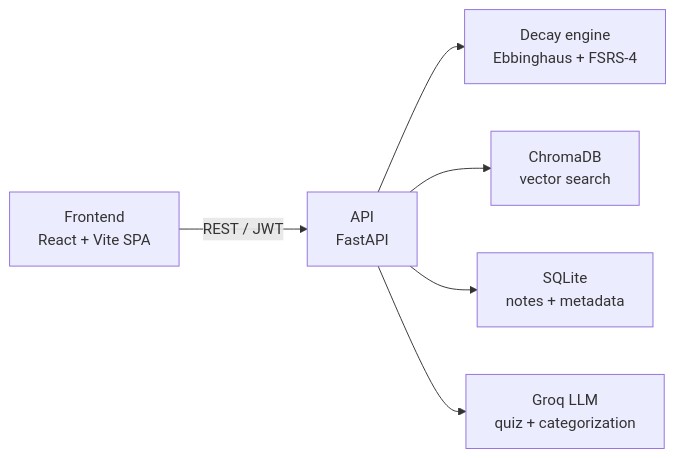
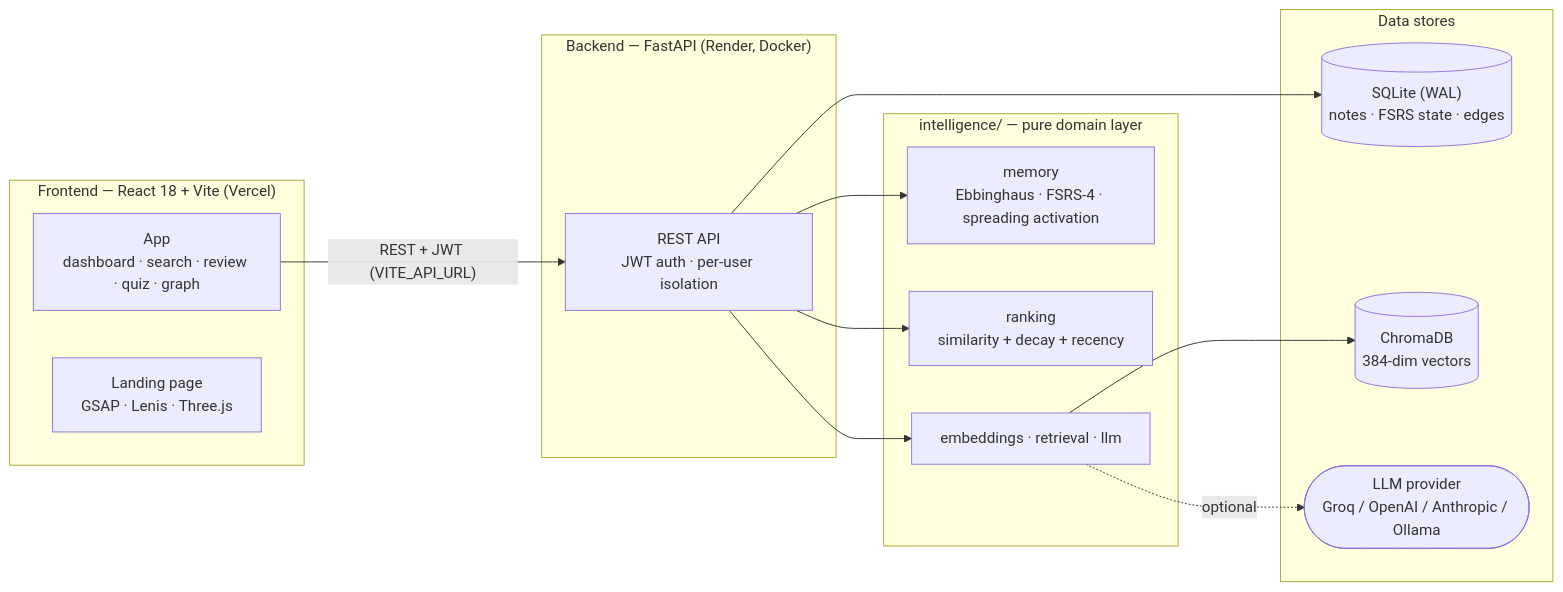
Before and after one commit to vaishnavi1064/Dory.md: the diagram in README.md, drawn with Mermaid. The commit also changed other lines of this file, not shown here.

Commit message:
docs: rewrite README — live demo link, architecture, features, deploy

````diff
--- a/README.md
+++ b/README.md
@@ -64,8 +125,31 @@
 ```mermaid
 flowchart LR
-    FE["Frontend<br/>React + Vite SPA"] -->|REST / JWT| API["API<br/>FastAPI"]
-    API --> DECAY["Decay engine<br/>Ebbinghaus + FSRS-4"]
-    API --> VEC["ChromaDB<br/>vector search"]
-    API --> DB["SQLite<br/>notes + metadata"]
-    API --> LLM["Groq LLM<br/>quiz + categorization"]
+    subgraph Client["Frontend — React 18 + Vite (Vercel)"]
+        APP["App<br/>dashboard · search · review · quiz · graph"]
+        LAND["Landing page<br/>GSAP · Lenis · Three.js"]
+    end
+
+    subgraph Server["Backend — FastAPI (Render, Docker)"]
+        API["REST API<br/>JWT auth · per-user isolation"]
+    end
+
+    subgraph Domain["intelligence/ — pure domain layer"]
+        MEM["memory<br/>Ebbinghaus · FSRS-4 · spreading activation"]
+        RANK["ranking<br/>similarity + decay + recency"]
+        EMB["embeddings · retrieval · llm"]
+    end
+
+    subgraph Data["Data stores"]
+        SQL[("SQLite (WAL)<br/>notes · FSRS state · edges")]
+        VEC[("ChromaDB<br/>384-dim vectors")]
+        LLM(["LLM provider<br/>Groq / OpenAI / Anthropic / Ollama"])
+    end
+
+    APP -->|"REST + JWT (VITE_API_URL)"| API
+    API --> MEM
+    API --> RANK
+    API --> EMB
+    API --> SQL
+    EMB --> VEC
+    EMB -.->|optional| LLM
 ```
````
